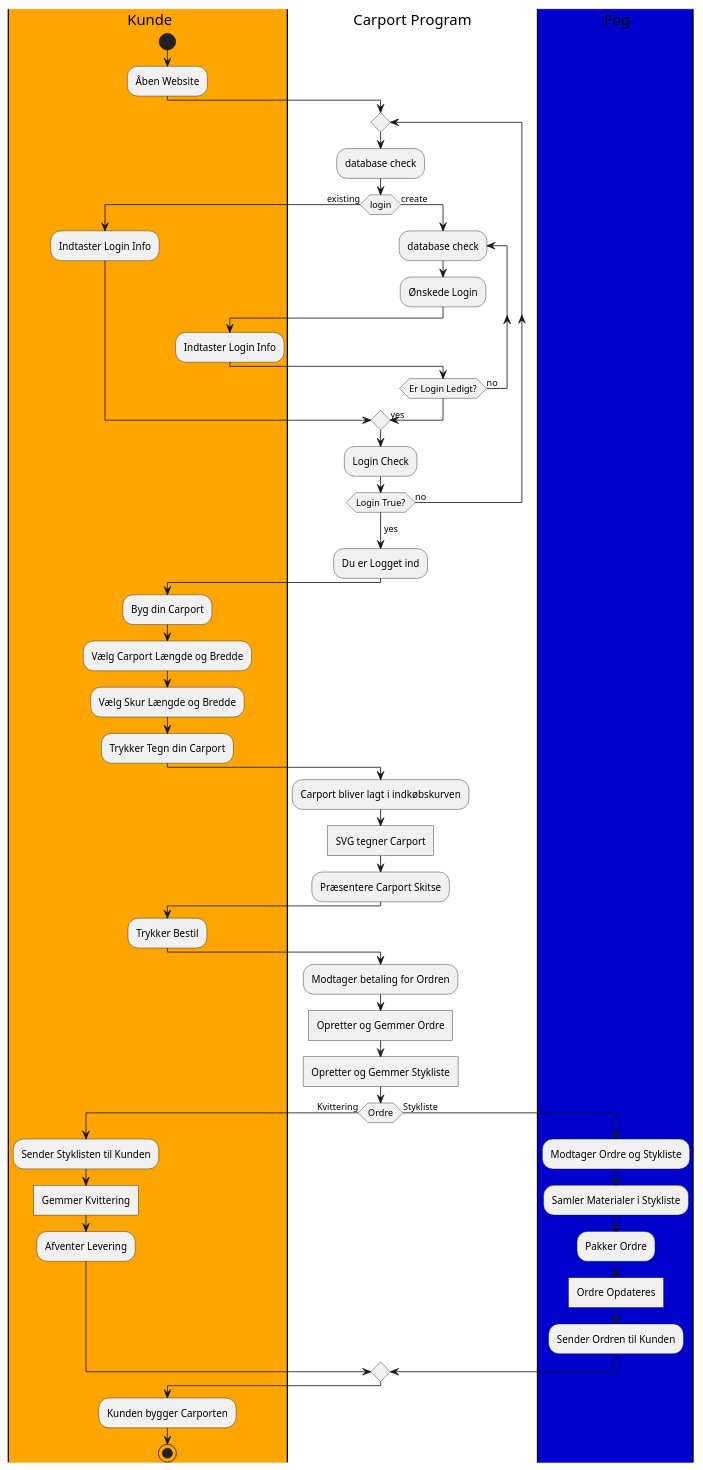
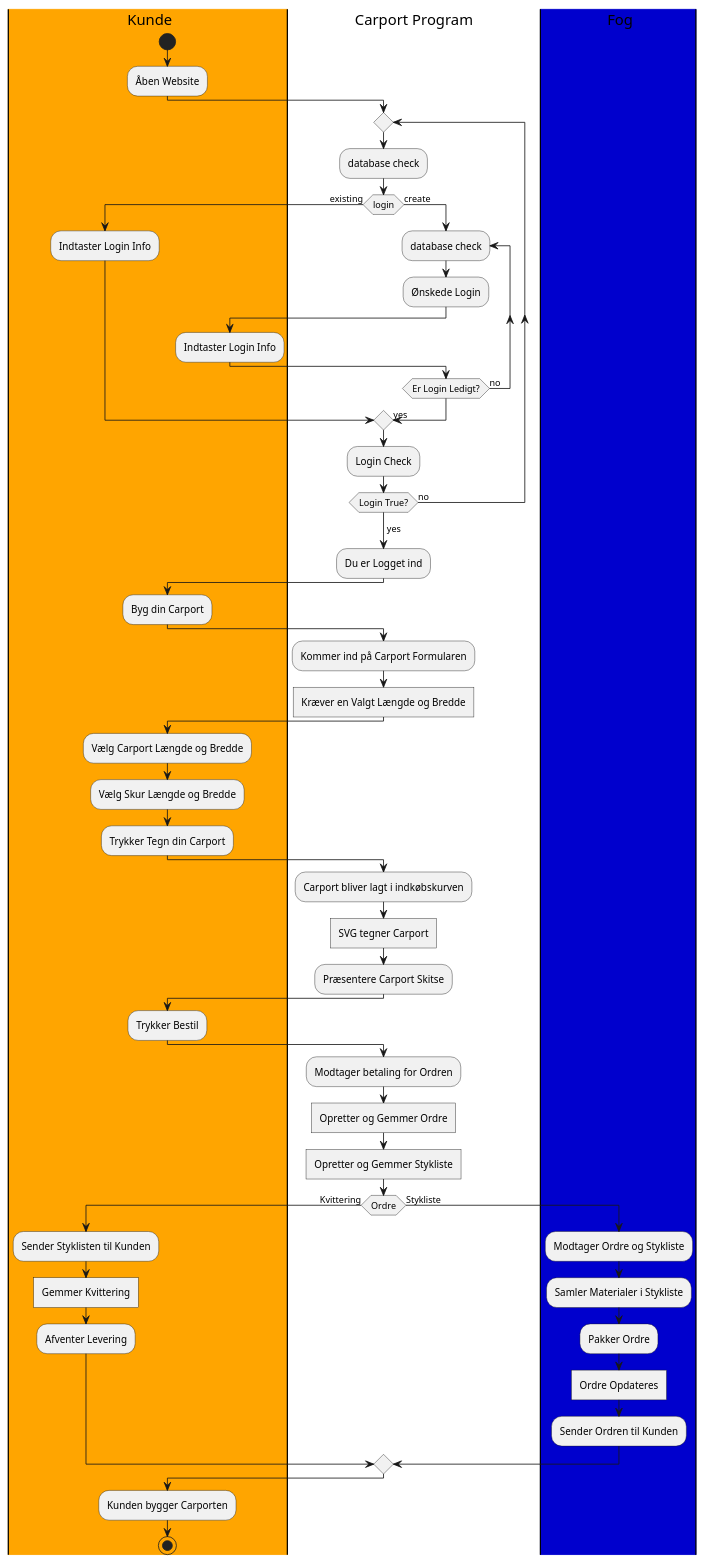
One commit to Chriswihu/Fog-Projekt changed the diagram in TO-BE.puml. Above: the diagram before and after it, drawn with PlantUML. The commit also changed 3 other files, not shown here.

```diff
--- a/TO-BE.puml
+++ b/TO-BE.puml
@@ -1,62 +1,66 @@
 @startuml
 |#Orange|k| Kunde
 |c|Carport Program
 |#MediumBlue|f| Fog
 
 |k|
 start
 :Åben Website;
 |c|
 repeat
     :database check;
         if (login) is (existing) then
             |k|
             :Indtaster Login Info;
             |c|
         else (create)
             repeat:database check;
             :Ønskede Login;
             |k|
             :Indtaster Login Info;
             |c|
             repeat while (Er Login Ledigt?) is (no)
         ->yes;
         endif
         :Login Check;
     repeat while (Login True?) is (no)
     ->yes;
     :Du er Logget ind;
 |k|
 :Byg din Carport;
+|c|
+:Kommer ind på Carport Formularen;
+:Kræver en Valgt Længde og Bredde]
+|k|
 :Vælg Carport Længde og Bredde;
 :Vælg Skur Længde og Bredde;
 :Trykker Tegn din Carport;
 |c|
 :Carport bliver lagt i indkøbskurven;
 :SVG tegner Carport]
 :Præsentere Carport Skitse;
 |k|
 :Trykker Bestil;
 |c|
 :Modtager betaling for Ordren;
 :Opretter og Gemmer Ordre]
 :Opretter og Gemmer Stykliste]
 
 
  if (Ordre) is (Kvittering) then
         |k|
         :Sender Styklisten til Kunden;
         :Gemmer Kvittering]
         :Afventer Levering;
  else (Stykliste)
         |f|
         :Modtager Ordre og Stykliste;
         :Samler Materialer i Stykliste;
         :Pakker Ordre;
         :Ordre Opdateres]
         :Sender Ordren til Kunden;
         |k|
  endif
          :Kunden bygger Carporten;
  stop
 @enduml
```
